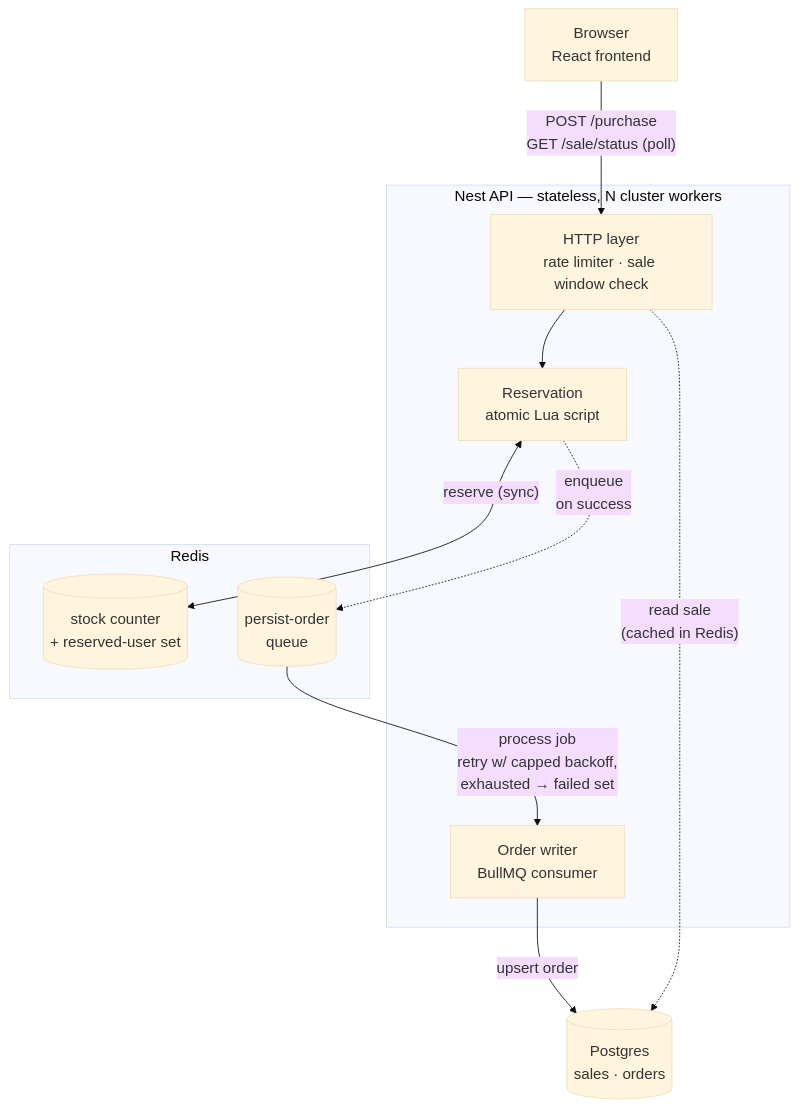
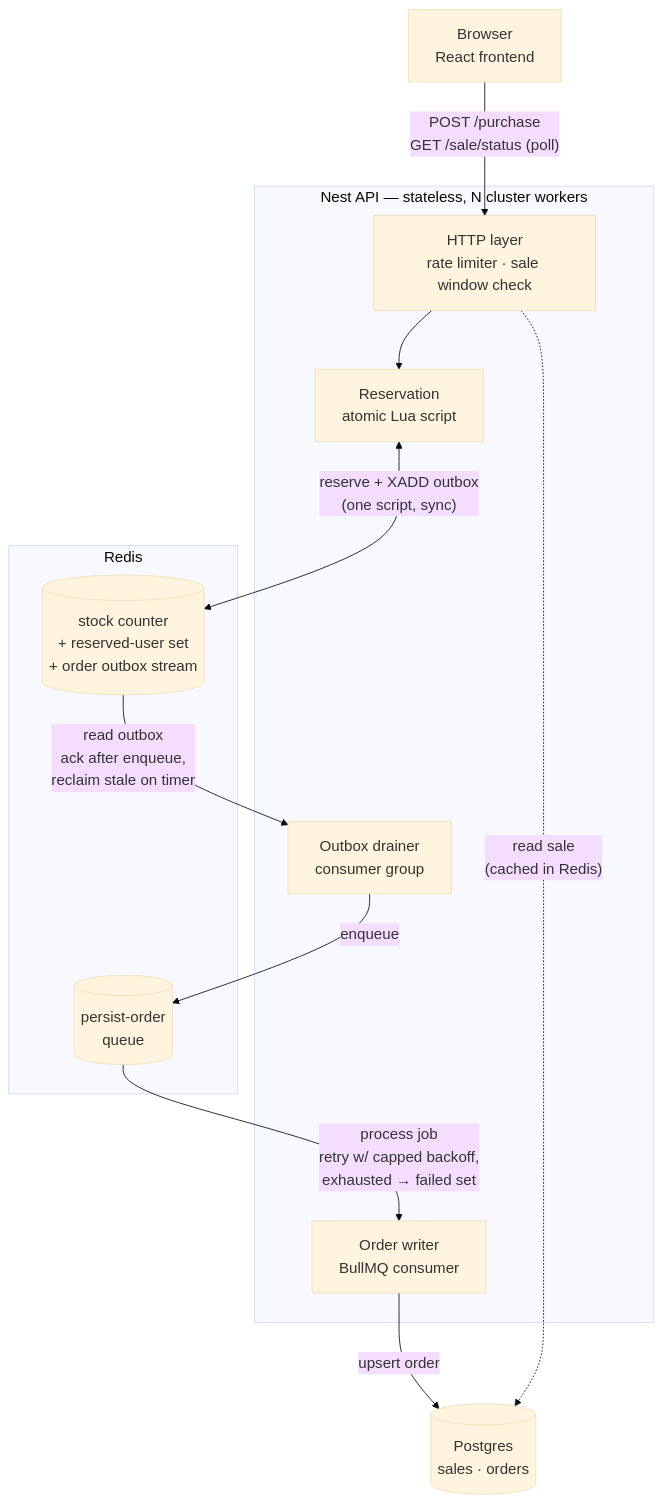
The diagram in README.md (sloonzz/flash-sale-exercise), drawn with Mermaid before and after one commit. The commit also changed other lines of this file and 17 other files, not shown here.

Commit message:
Order outbox pattern

````diff
--- a/README.md
+++ b/README.md
@@ -94,26 +94,28 @@
 ```mermaid
 %%{init: {"theme": "base", "themeVariables": {"fontSize": "18px"}, "flowchart": {"nodeSpacing": 60, "rankSpacing": 70, "padding": 16}}}%%
 flowchart TB
     FE["Browser<br/>React frontend"]
 
     subgraph api["Nest API — stateless, N cluster workers"]
         HTTP["HTTP layer<br/>rate limiter · sale window check"]
         RES["Reservation<br/>atomic Lua script"]
+        DRAIN["Outbox drainer<br/>consumer group"]
         CONS["Order writer<br/>BullMQ consumer"]
     end
 
     subgraph redis["Redis"]
-        STOCK[("stock counter<br/>+ reserved-user set")]
+        STOCK[("stock counter<br/>+ reserved-user set<br/>+ order outbox stream")]
         QUEUE[("persist-order<br/>queue")]
     end
 
     PG[("Postgres<br/>sales · orders")]
 
     FE -->|"POST /purchase<br/>GET /sale/status (poll)"| HTTP
     HTTP --> RES
-    RES <-->|"reserve (sync)"| STOCK
-    RES -.->|"enqueue<br/>on success"| QUEUE
+    RES <-->|"reserve + XADD outbox<br/>(one script, sync)"| STOCK
+    STOCK -->|"read outbox<br/>ack after enqueue,<br/>reclaim stale on timer"| DRAIN
+    DRAIN -->|"enqueue"| QUEUE
     QUEUE -->|"process job<br/>retry w/ capped backoff,<br/>exhausted → failed set"| CONS
     CONS -->|"upsert order"| PG
     HTTP -.->|"read sale<br/>(cached in Redis)"| PG
 ```
````
